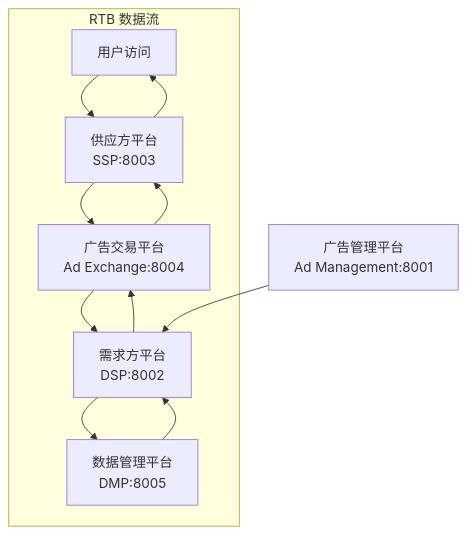
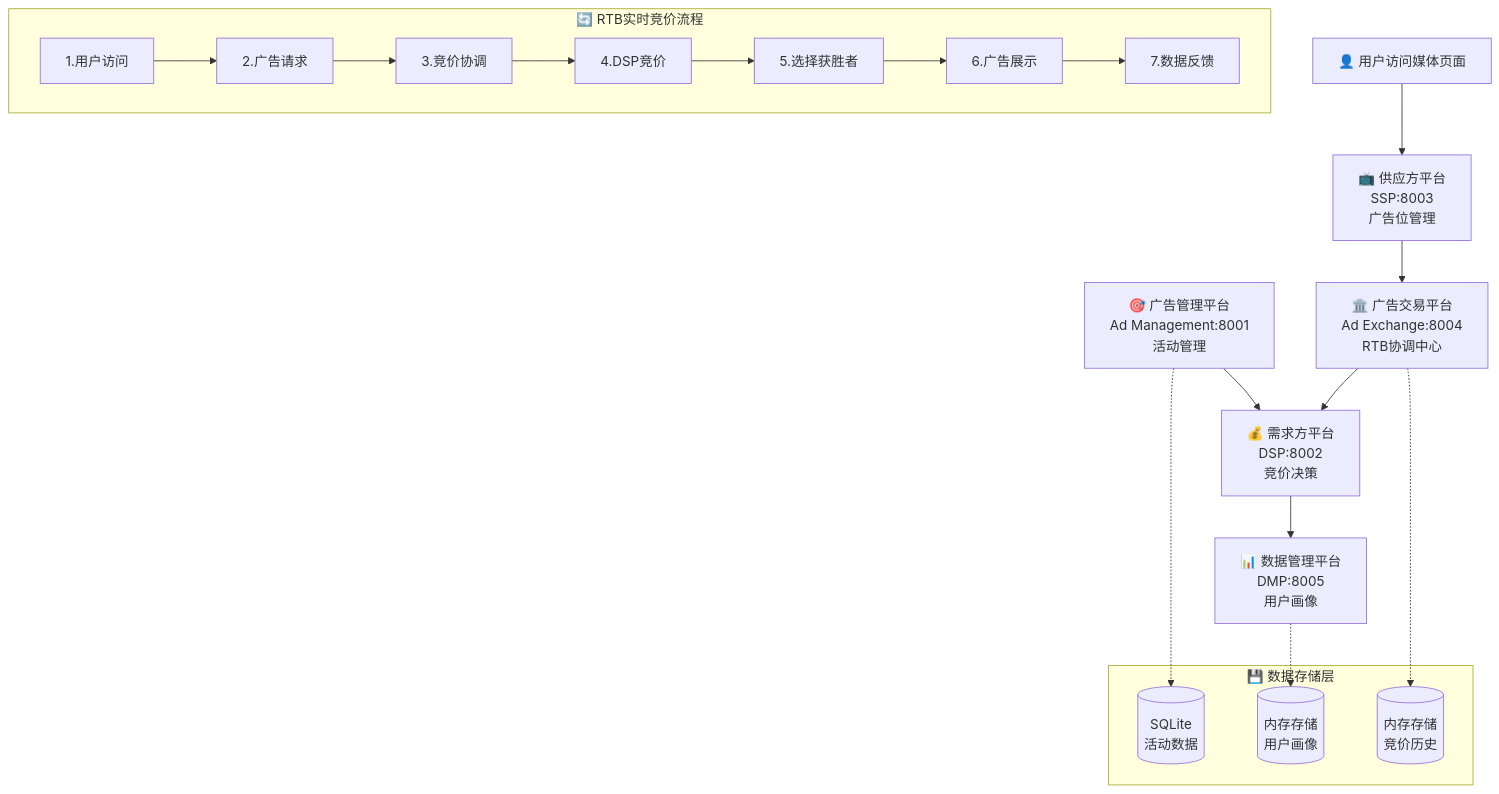
Before and after one commit to lumiseven/ad_arch_simulate: the first of 2 diagrams in README.md, drawn with Mermaid. The commit also changed other lines of this file and 12 other files, not shown here.

````diff
--- a/README.md
+++ b/README.md
@@ -17,15 +46,28 @@
 ```mermaid
 graph TB
-    User[用户访问] --> SSP[供应方平台<br/>SSP:8003]
-    SSP --> AdEx[广告交易平台<br/>Ad Exchange:8004]
-    AdEx --> DSP1[需求方平台<br/>DSP:8002]
-    DSP1 --> DMP[数据管理平台<br/>DMP:8005]
-    AdMgmt[广告管理平台<br/>Ad Management:8001] --> DSP1
+    User[👤 用户访问媒体页面] --> SSP[📺 供应方平台<br/>SSP:8003<br/>广告位管理]
+    SSP --> AdEx[🏛️ 广告交易平台<br/>Ad Exchange:8004<br/>RTB协调中心]
+    AdEx --> DSP1[💰 需求方平台<br/>DSP:8002<br/>竞价决策]
+    DSP1 --> DMP[📊 数据管理平台<br/>DMP:8005<br/>用户画像]
+    AdMgmt[🎯 广告管理平台<br/>Ad Management:8001<br/>活动管理] --> DSP1
     
-    subgraph "RTB 数据流"
-        DMP --> DSP1
-        DSP1 --> AdEx
-        AdEx --> SSP
-        SSP --> User
+    subgraph "🔄 RTB实时竞价流程"
+        direction LR
+        A[1.用户访问] --> B[2.广告请求]
+        B --> C[3.竞价协调]
+        C --> D[4.DSP竞价]
+        D --> E[5.选择获胜者]
+        E --> F[6.广告展示]
+        F --> G[7.数据反馈]
     end
+    
+    subgraph "💾 数据存储层"
+        DB1[(SQLite<br/>活动数据)]
+        DB2[(内存存储<br/>用户画像)]
+        DB3[(内存存储<br/>竞价历史)]
+    end
+    
+    AdMgmt -.-> DB1
+    DMP -.-> DB2
+    AdEx -.-> DB3
 ```
````
